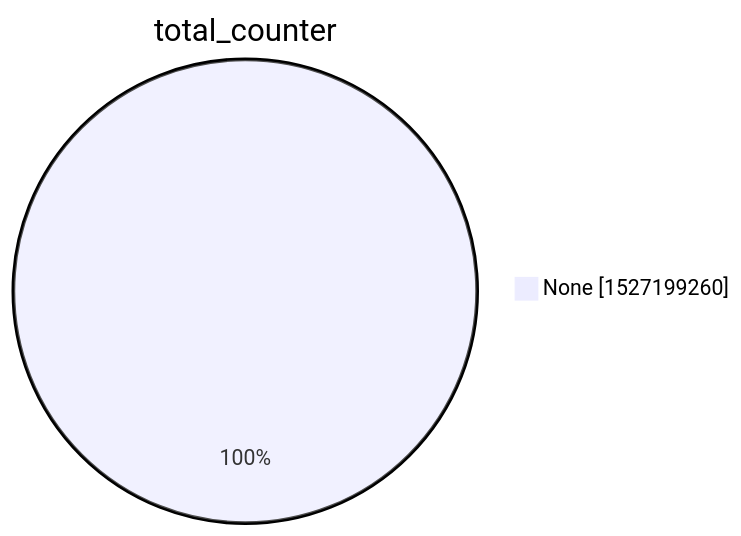
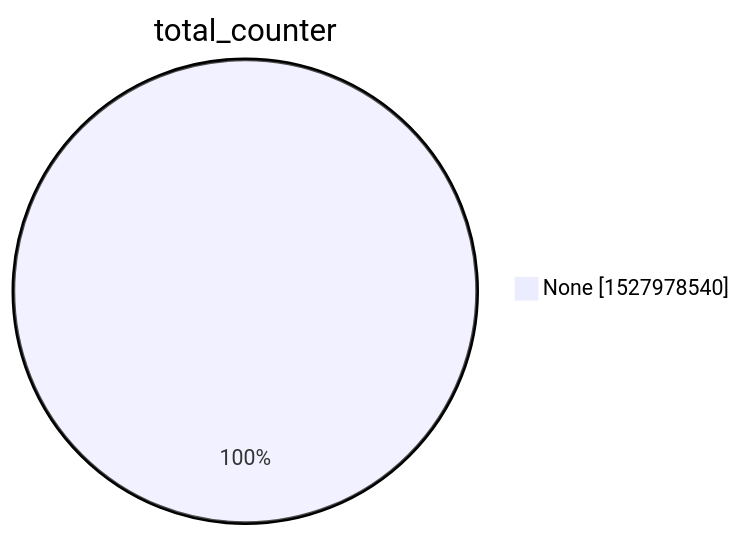
The second of 15 diagrams in xenon2022/README.md (christiankrug/ctmonitor_visualization), drawn with Mermaid before and after one commit. The commit also changed other lines of this file, not shown here.

````diff
--- a/xenon2022/README.md
+++ b/xenon2022/README.md
@@ -9,5 +9,5 @@
 ```mermaid
 pie showData
 title total_counter
-"None" :1527199260
+"None" :1527978540
 ```
````
